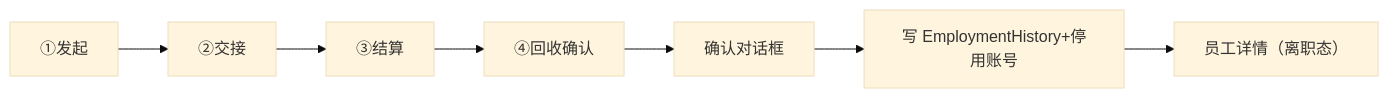
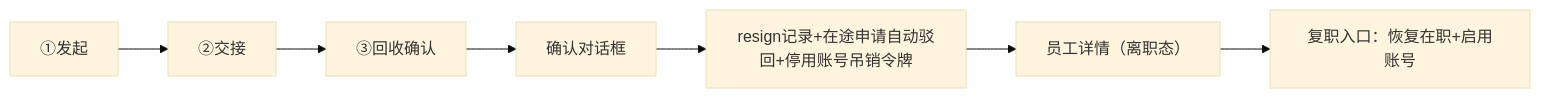
One commit to BruceChu0424/utenelec_imp changed the diagram in docs/03-页面/离职流程页.md. Above: the diagram before and after it, drawn with Mermaid (base theme). The commit also changed other lines of this file and 385 other files, not shown here.

````diff
--- a/docs/03-页面/离职流程页.md
+++ b/docs/03-页面/离职流程页.md
@@ -34,7 +39,8 @@
 ```mermaid
 flowchart LR
-    S1[①发起] --> S2[②交接] --> S3[③结算] --> S4[④回收确认]
-    S4 --> CF[确认对话框]
-    CF --> W[写 EmploymentHistory+停用账号]
+    S1[①发起] --> S2[②交接] --> S3[③回收确认]
+    S3 --> CF[确认对话框]
+    CF --> W[resign记录+在途申请自动驳回+停用账号吊销令牌]
     W --> D[员工详情（离职态）]
+    D --> R[复职入口：恢复在职+启用账号]
 ```
````
